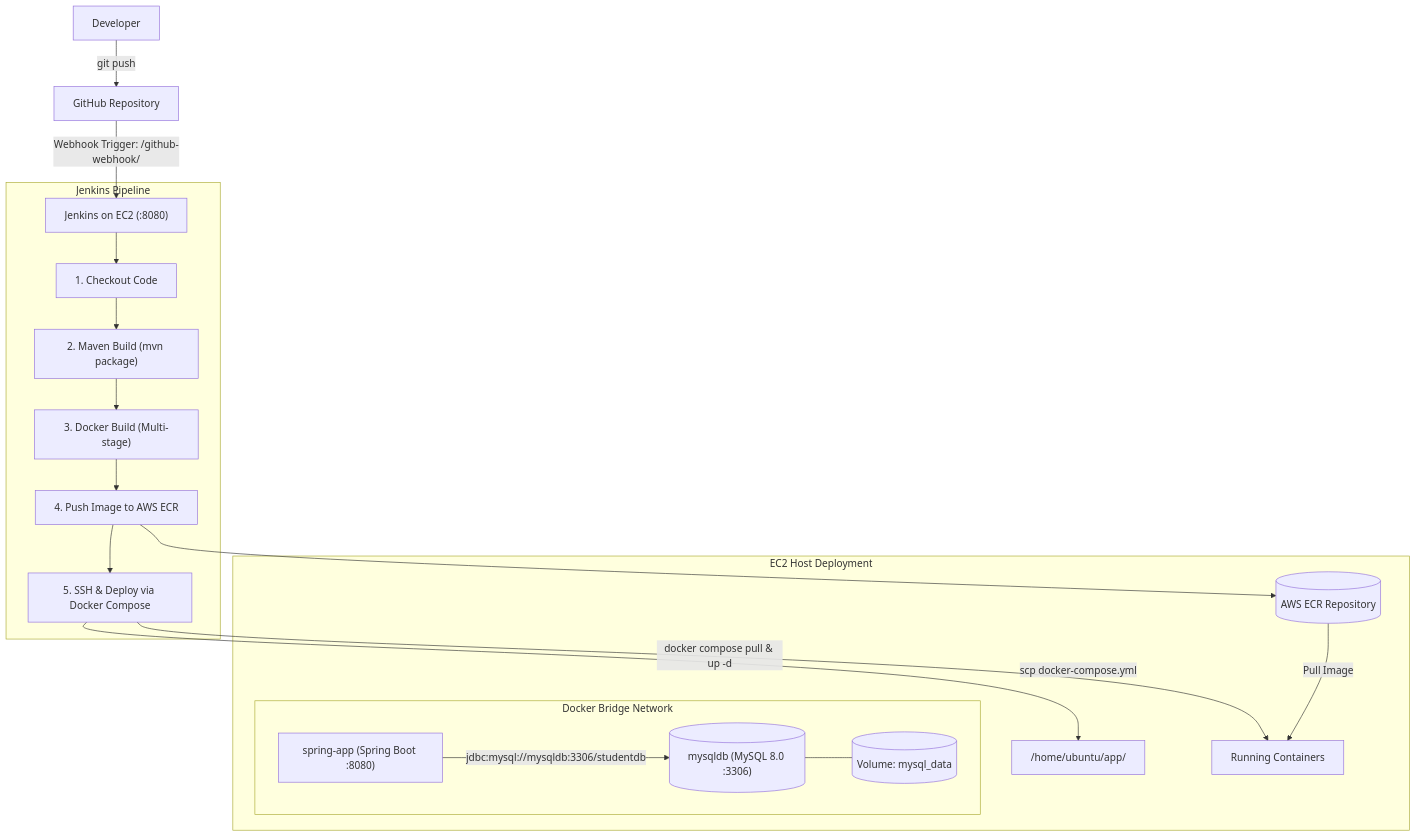
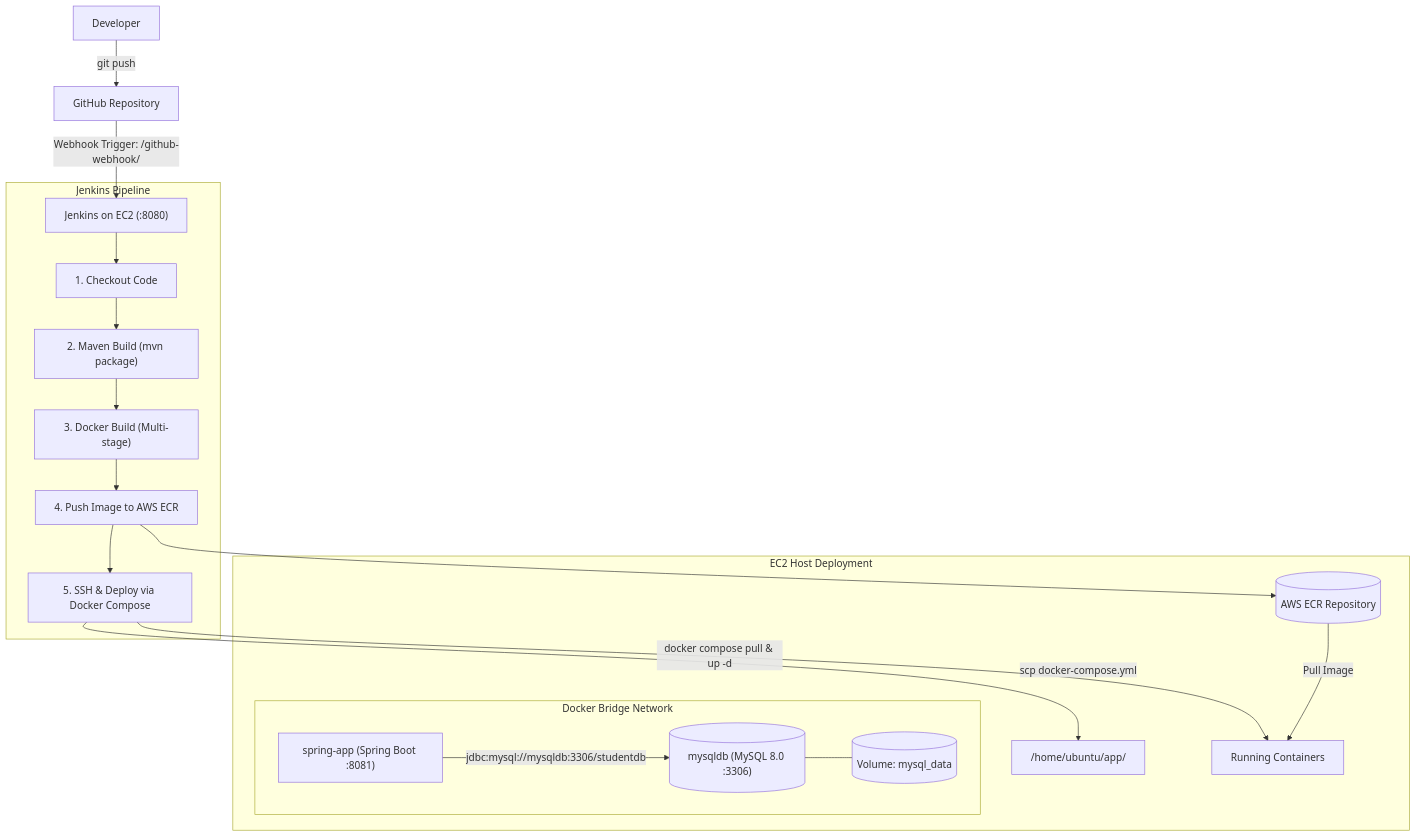
The diagram in DEVOPS_SETUP_GUIDE.md (NemeshvarMV/spring-boot-cicd), drawn with Mermaid before and after one commit. The commit also changed other lines of this file and 4 other files, not shown here.

Commit message:
feat: complete spring boot CI/CD pipeline with MySQL and secure configuration

````diff
--- a/DEVOPS_SETUP_GUIDE.md
+++ b/DEVOPS_SETUP_GUIDE.md
@@ -9,29 +9,29 @@
 ```mermaid
 flowchart TD
     DEV["Developer"] -->|git push| GH["GitHub Repository"]
     GH -->|Webhook Trigger: /github-webhook/| JNK["Jenkins on EC2 (:8080)"]
     
     subgraph Jenkins Pipeline
         JNK --> S1["1. Checkout Code"]
         S1 --> S2["2. Maven Build (mvn package)"]
         S2 --> S3["3. Docker Build (Multi-stage)"]
         S3 --> S4["4. Push Image to AWS ECR"]
         S4 --> S5["5. SSH & Deploy via Docker Compose"]
     end
     
     S4 --> ECR[("AWS ECR Repository")]
     
     subgraph EC2 Host Deployment
         S5 -->|scp docker-compose.yml| APP_DIR["/home/ubuntu/app/"]
         S5 -->|docker compose pull & up -d| STACK["Running Containers"]
         ECR -->|Pull Image| STACK
         
         subgraph Docker Bridge Network
-            APP["spring-app (Spring Boot :8080)"]
+            APP["spring-app (Spring Boot :8081)"]
             DB[("mysqldb (MySQL 8.0 :3306)")]
             VOL[("Volume: mysql_data")]
             APP -->|jdbc:mysql://mysqldb:3306/studentdb| DB
             DB --- VOL
         end
     end
 ```
````
